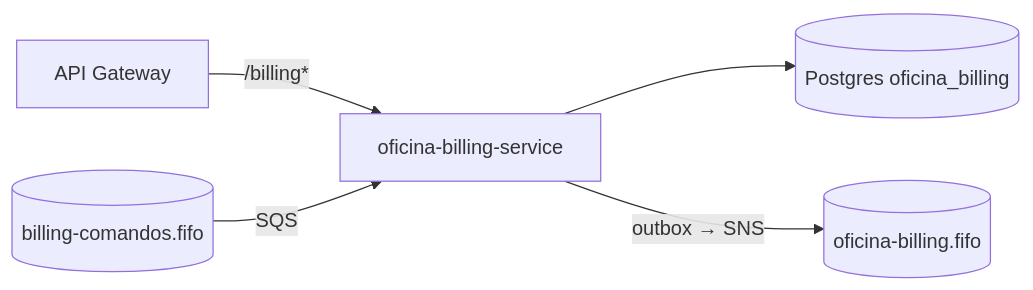
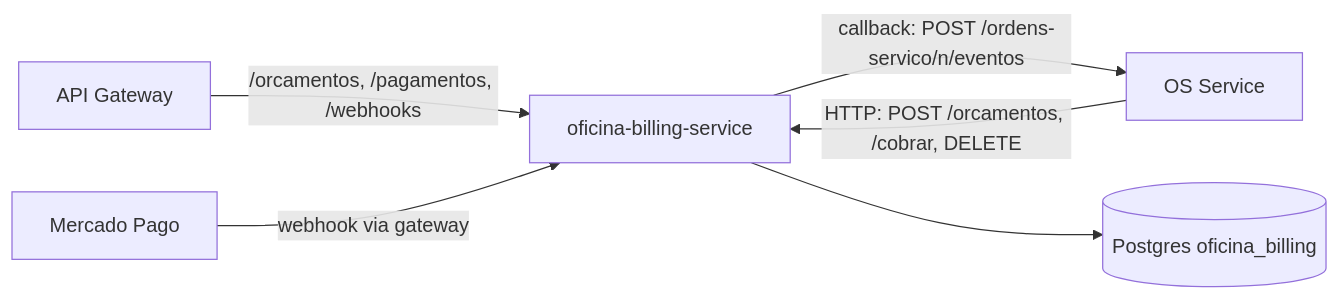
Before and after one commit to guilhermeqmaia/soat-fiap-oficina-billing-service: the diagram in README.md, drawn with Mermaid. The commit also changed other lines of this file and 11 other files, not shown here.

First line of the commit message:
chore: remove mensageria (SNS/SQS/LocalStack); comunicacao HTTP com o OS Service (RFC-0008)

````diff
--- a/README.md
+++ b/README.md
@@ -68,7 +94,8 @@
 ```mermaid
 flowchart LR
-  GW[API Gateway] -->|/billing*| S[oficina-billing-service]
+  GW[API Gateway] -->|/orcamentos, /pagamentos, /webhooks| S[oficina-billing-service]
+  OS[OS Service] -->|HTTP: POST /orcamentos, /cobrar, DELETE| S
+  S -->|callback: POST /ordens-servico/n/eventos| OS
   S --> DB[(Postgres oficina_billing)]
-  S -->|outbox → SNS| T[(oficina-billing.fifo)]
-  Q[(billing-comandos.fifo)] -->|SQS| S
+  MP[Mercado Pago] -->|webhook via gateway| S
 ```
````
